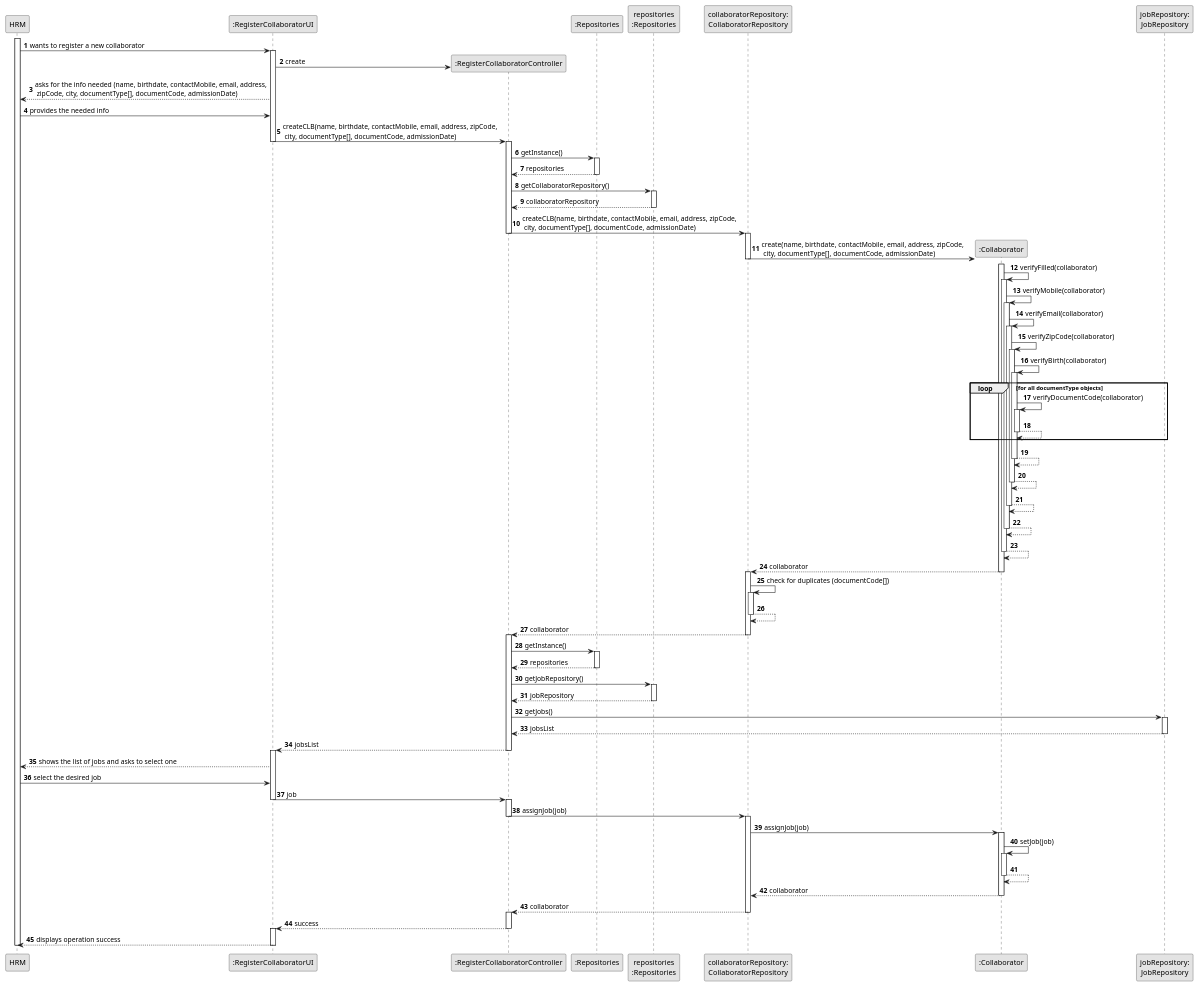
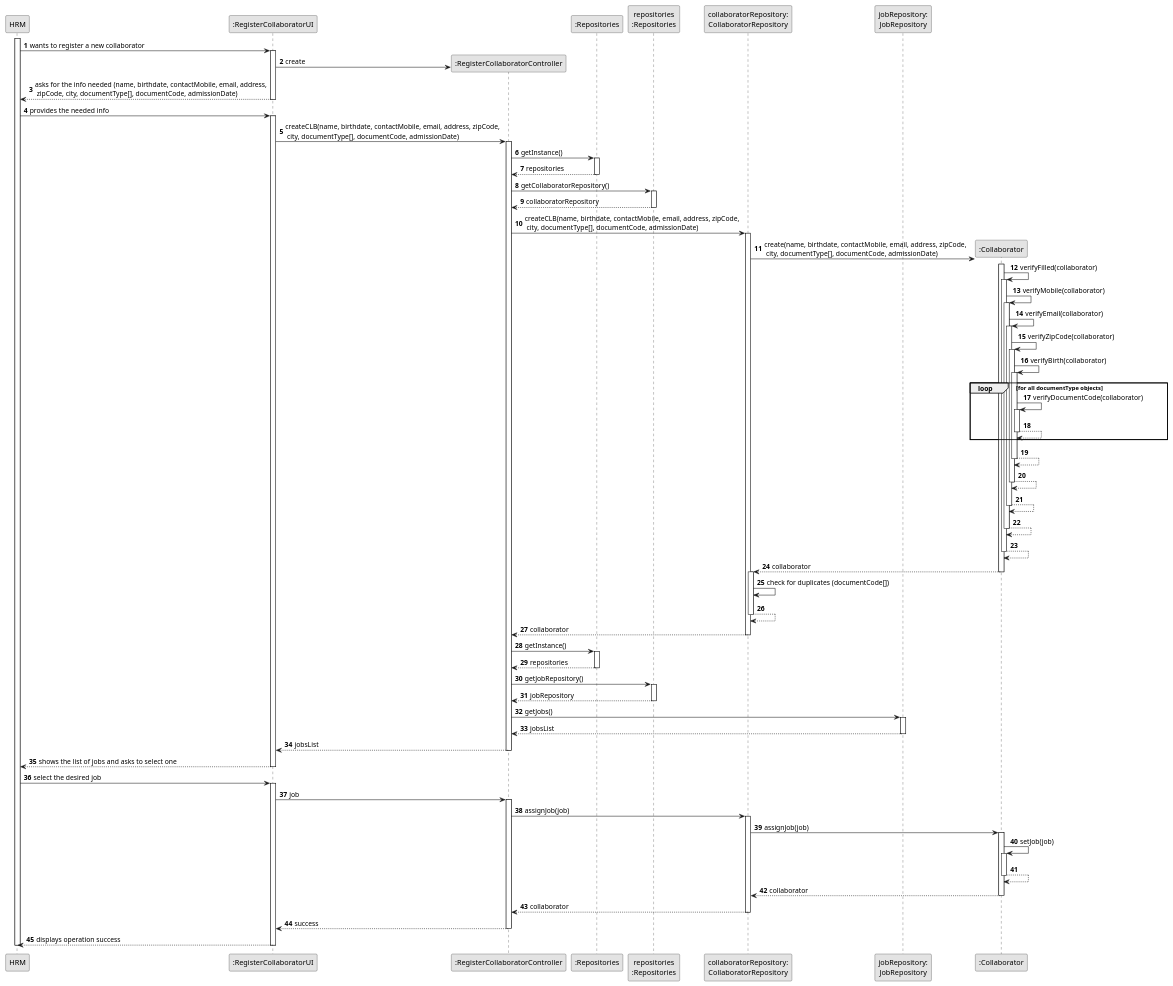
The diagram in docs/sprintB/us003/03.design/puml/us003-sequence-diagram-full.puml (ricardomm7/leaflink), drawn with PlantUML before and after one commit. The commit also changed 10 other files, not shown here.

```diff
--- a/docs/sprintB/us003/03.design/puml/us003-sequence-diagram-full.puml
+++ b/docs/sprintB/us003/03.design/puml/us003-sequence-diagram-full.puml
@@ -1,130 +1,163 @@
 @startuml
 skinparam monochrome true
 skinparam packageStyle rectangle
 skinparam shadowing false
 
 autonumber
 
 participant "HRM" as HRM
 participant ":RegisterCollaboratorUI" as UI
 participant ":RegisterCollaboratorController" as CTRL
 participant ":Repositories" as GlobRepo
 participant "repositories\n:Repositories" as PLAT
 participant "collaboratorRepository:\nCollaboratorRepository" as CLBREP
+participant "jobRepository:\nJobRepository" as jobRepository
 participant ":Collaborator" as CLB
-participant "jobRepository:\nJobRepository" as jobRepository
 
 
 activate HRM
+
 HRM -> UI : wants to register a new collaborator
 activate UI
+
 UI -> CTRL** : create
+
 UI --> HRM : asks for the info needed (name, birthdate, contactMobile, email, address,\n zipCode, city, documentType[], documentCode, admissionDate)
+deactivate UI
+
 HRM -> UI : provides the needed info
+activate UI
 'UI --> HRM : shows a verification dialog
 'HRM -> UI : confirms collaborator creation
 UI -> CTRL : createCLB(name, birthdate, contactMobile, email, address, zipCode,\n city, documentType[], documentCode, admissionDate)
-deactivate UI
 activate CTRL
+
 CTRL -> GlobRepo : getInstance()
 activate GlobRepo
+
 GlobRepo --> CTRL : repositories
 deactivate GlobRepo
+
 CTRL -> PLAT : getCollaboratorRepository()
 activate PLAT
+
 PLAT -->  CTRL: collaboratorRepository
 deactivate PLAT
 
 CTRL -> CLBREP : createCLB(name, birthdate, contactMobile, email, address, zipCode,\n city, documentType[], documentCode, admissionDate)
-deactivate CTRL
 activate CLBREP
+
 CLBREP->CLB** : create(name, birthdate, contactMobile, email, address, zipCode,\n city, documentType[], documentCode, admissionDate)
-deactivate CLBREP
 activate CLB
+
 CLB -> CLB : verifyFilled(collaborator)
 activate CLB
+
 CLB -> CLB : verifyMobile(collaborator)
 activate CLB
+
 CLB -> CLB : verifyEmail(collaborator)
 activate CLB
+
 CLB -> CLB : verifyZipCode(collaborator)
 activate CLB
+
 CLB -> CLB : verifyBirth(collaborator)
 activate CLB
 
 loop for all documentType objects
 CLB -> CLB : verifyDocumentCode(collaborator)
 activate CLB
+
 CLB --> CLB
 deactivate CLB
+
 end loop
 
 CLB --> CLB
 deactivate CLB
+
 CLB --> CLB
 deactivate CLB
+
 CLB --> CLB
 deactivate CLB
+
 CLB --> CLB
 deactivate CLB
+
 CLB --> CLB
 deactivate CLB
 
 CLB -->CLBREP : collaborator
 deactivate CLB
+
 activate CLBREP
 
 CLBREP -> CLBREP : check for duplicates (documentCode[])
-activate CLBREP
+
 CLBREP --> CLBREP
 deactivate CLBREP
+
 CLBREP --> CTRL : collaborator
 deactivate CLBREP
 
-activate CTRL
+deactivate CLBREP
+
 CTRL -> GlobRepo : getInstance()
 activate GlobRepo
+
 GlobRepo --> CTRL : repositories
 deactivate GlobRepo
+
 CTRL -> PLAT : getJobRepository()
 activate PLAT
+
 PLAT -->  CTRL: jobRepository
 deactivate PLAT
+
 CTRL -> jobRepository : getJobs()
 activate jobRepository
+
 jobRepository --> CTRL : jobsList
 deactivate jobRepository
+
 CTRL -->UI : jobsList
 deactivate CTRL
+
+UI --> HRM : shows the list of jobs and asks to select one
+deactivate UI
+
+HRM -> UI : select the desired job
 activate UI
-UI --> HRM : shows the list of jobs and asks to select one
-HRM -> UI : select the desired job
+
 UI -> CTRL : job
-deactivate UI
 activate CTRL
 
 
 CTRL ->CLBREP : assignJob(job)
-deactivate CTRL
 activate CLBREP
 
 CLBREP -> CLB : assignJob(job)
 activate CLB
+
 CLB -> CLB : setJob(job)
 activate CLB
+
 CLB --> CLB
 deactivate CLB
+
 CLB --> CLBREP : collaborator
 deactivate CLB
+
 CLBREP --> CTRL : collaborator
 deactivate CLBREP
-activate CTRL
-
 
 CTRL --> UI : success
 deactivate CTRL
-activate UI
+
 UI --> HRM : displays operation success
 deactivate UI
+
 deactivate HRM
 @enduml
```
